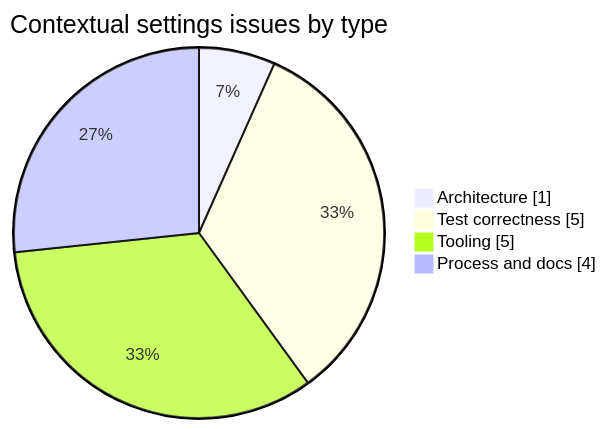
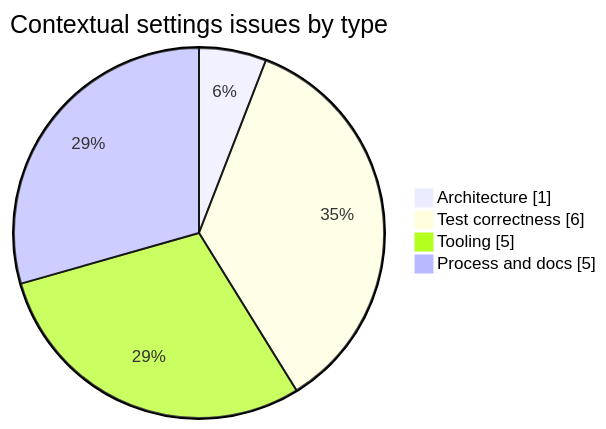
One commit to pranems/SCIMServer changed the second of 3 diagrams in docs/ENDPOINT_SETTINGS_CONTEXTUAL_UI_EXECUTION_RCA.md. Above: the diagram before and after it, drawn with Mermaid. The commit also changed other lines of this file and 4 other files, not shown here.

````diff
--- a/docs/ENDPOINT_SETTINGS_CONTEXTUAL_UI_EXECUTION_RCA.md
+++ b/docs/ENDPOINT_SETTINGS_CONTEXTUAL_UI_EXECUTION_RCA.md
@@ -24,8 +24,8 @@
 ```mermaid
 pie showData
     title Contextual settings issues by type
     "Architecture" : 1
-    "Test correctness" : 5
+    "Test correctness" : 6
     "Tooling" : 5
-    "Process and docs" : 4
+    "Process and docs" : 5
 ```
````
